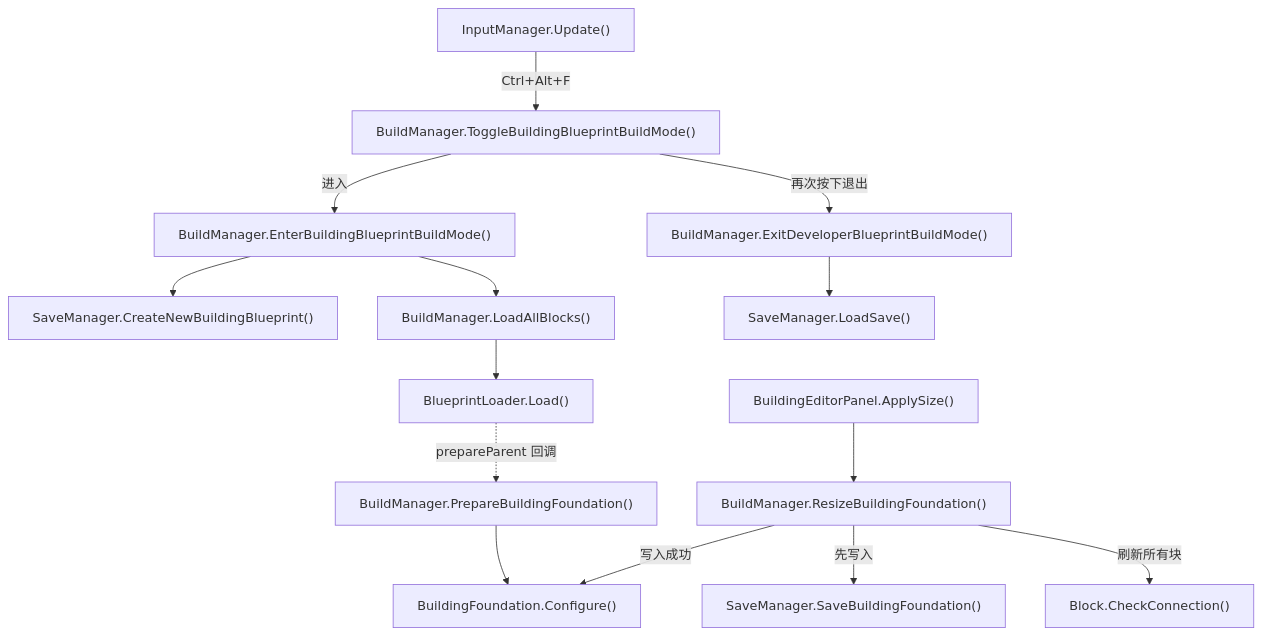
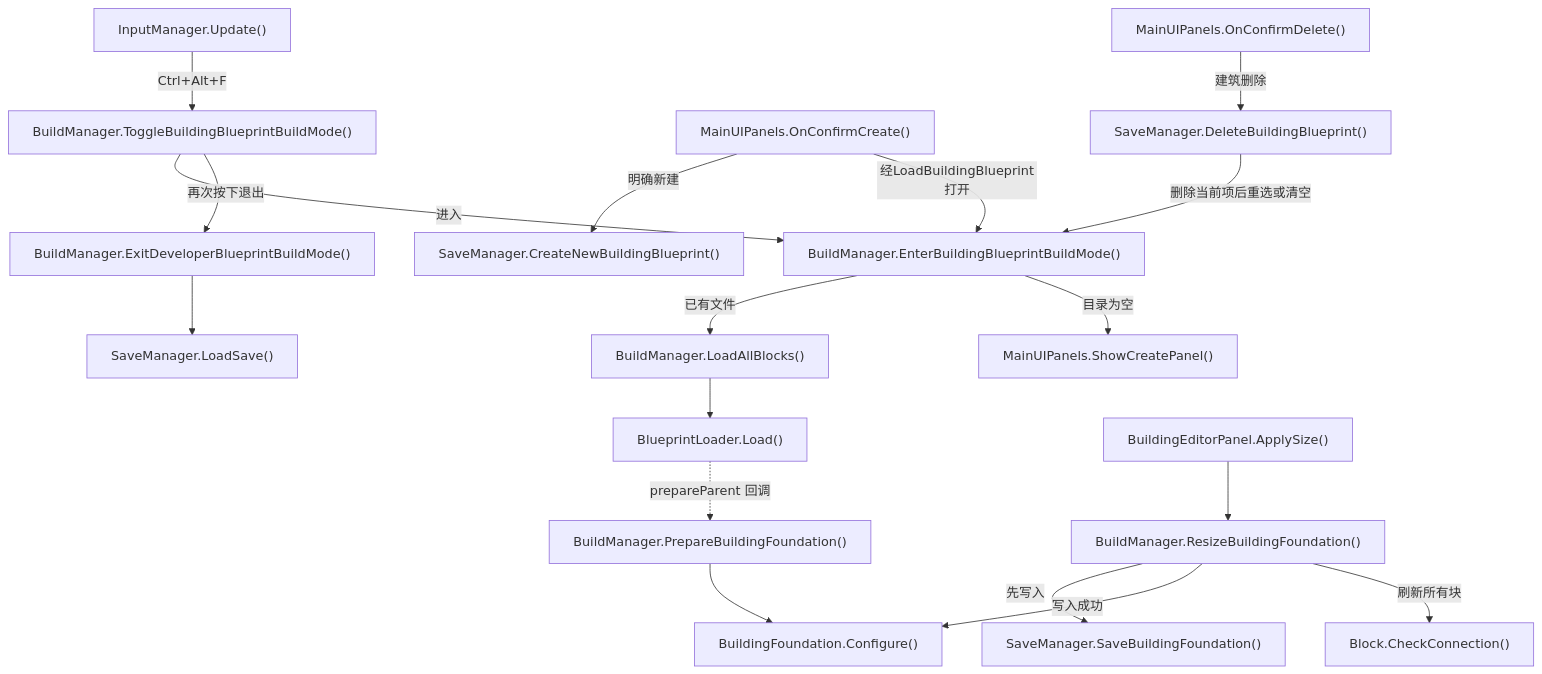
The third of 43 diagrams in Docs/RuntimeFlow.md (kukudia/HY-Sandbox), drawn with Mermaid before and after one commit. The commit also changed other lines of this file and 11 other files, not shown here.

First line of the commit message:
Fix building deletion and require explicit blueprint creation

````diff
--- a/Docs/RuntimeFlow.md
+++ b/Docs/RuntimeFlow.md
@@ -209,44 +209,56 @@
 ```mermaid
 flowchart TD
     A["InputManager.Update()"]
     click A "../Assets/Scripts/Features/Player/InputManager.cs#L40" "打开源码"
     B["BuildManager.ToggleBuildingBlueprintBuildMode()"]
-    click B "../Assets/Scripts/Features/Building/BuildManager.cs#L247" "打开源码"
+    click B "../Assets/Scripts/Features/Building/BuildManager.cs#L253" "打开源码"
     C["BuildManager.EnterBuildingBlueprintBuildMode()"]
-    click C "../Assets/Scripts/Features/Building/BuildManager.cs#L259" "打开源码"
+    click C "../Assets/Scripts/Features/Building/BuildManager.cs#L268" "打开源码"
     D["SaveManager.CreateNewBuildingBlueprint()"]
-    click D "../Assets/Scripts/Features/Building/SaveManager.cs#L85" "打开源码"
+    click D "../Assets/Scripts/Features/Building/SaveManager.cs#L86" "打开源码"
     E["BuildManager.LoadAllBlocks()"]
-    click E "../Assets/Scripts/Features/Building/BuildManager.cs#L563" "打开源码"
+    click E "../Assets/Scripts/Features/Building/BuildManager.cs#L598" "打开源码"
     F["BlueprintLoader.Load()"]
     click F "../Assets/Scripts/Features/Building/BlueprintLoading/BlueprintLoader.cs#L43" "打开源码"
     G["BuildManager.PrepareBuildingFoundation()"]
-    click G "../Assets/Scripts/Features/Building/BuildManager.cs#L280" "打开源码"
+    click G "../Assets/Scripts/Features/Building/BuildManager.cs#L315" "打开源码"
     H["BuildingFoundation.Configure()"]
     click H "../Assets/Scripts/Features/Building/BuildingEditor/BuildingFoundation.cs#L15" "打开源码"
     I["BuildingEditorPanel.ApplySize()"]
     click I "../Assets/Scripts/Features/Building/BuildingEditor/BuildingEditorPanel.cs#L25" "打开源码"
     J["BuildManager.ResizeBuildingFoundation()"]
-    click J "../Assets/Scripts/Features/Building/BuildManager.cs#L303" "打开源码"
+    click J "../Assets/Scripts/Features/Building/BuildManager.cs#L338" "打开源码"
     K["SaveManager.SaveBuildingFoundation()"]
-    click K "../Assets/Scripts/Features/Building/SaveManager.cs#L127" "打开源码"
+    click K "../Assets/Scripts/Features/Building/SaveManager.cs#L149" "打开源码"
     L["Block.CheckConnection()"]
     click L "../Assets/Scripts/Features/Simulation/Block.cs#L360" "打开源码"
     M["BuildManager.ExitDeveloperBlueprintBuildMode()"]
-    click M "../Assets/Scripts/Features/Building/BuildManager.cs#L228" "打开源码"
+    click M "../Assets/Scripts/Features/Building/BuildManager.cs#L234" "打开源码"
     N["SaveManager.LoadSave()"]
-    click N "../Assets/Scripts/Features/Building/SaveManager.cs#L261" "打开源码"
+    click N "../Assets/Scripts/Features/Building/SaveManager.cs#L283" "打开源码"
+    O["MainUIPanels.OnConfirmCreate()"]
+    click O "../Assets/Scripts/Features/Presentation/Interface/MainUIPanels.cs#L167" "打开源码"
+    P["MainUIPanels.OnConfirmDelete()"]
+    click P "../Assets/Scripts/Features/Presentation/Interface/MainUIPanels.cs#L207" "打开源码"
+    Q["SaveManager.DeleteBuildingBlueprint()"]
+    click Q "../Assets/Scripts/Features/Building/SaveManager.cs#L107" "打开源码"
+    R["MainUIPanels.ShowCreatePanel()"]
+    click R "../Assets/Scripts/Features/Presentation/Interface/MainUIPanels.cs#L90" "打开源码"
     A -->|Ctrl+Alt+F| B
     B -->|进入| C
-    C --> D
-    C --> E
+    O -->|明确新建| D
+    O -->|经LoadBuildingBlueprint打开| C
+    C -->|已有文件| E
+    C -->|目录为空| R
+    P -->|建筑删除| Q
+    Q -->|删除当前项后重选或清空| C
     E --> F
     F -.->|prepareParent 回调| G
     G --> H
     I --> J
     J -->|先写入| K
     J -->|写入成功| H
     J -->|刷新所有块| L
     B -->|再次按下退出| M
     M --> N
 ```
````
